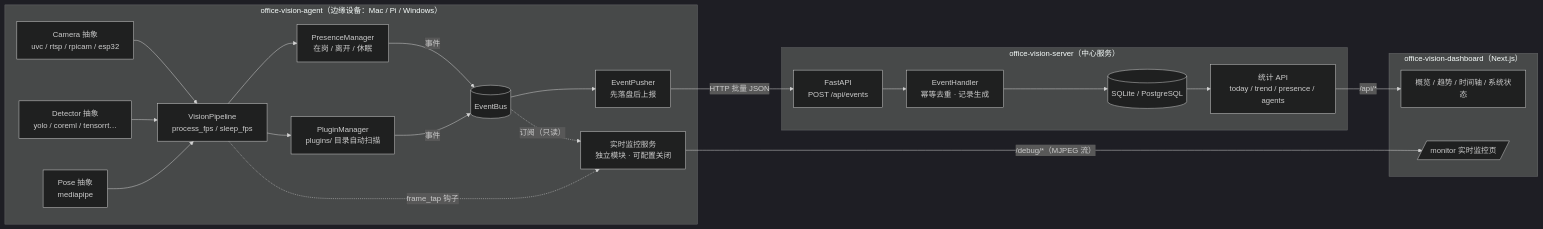
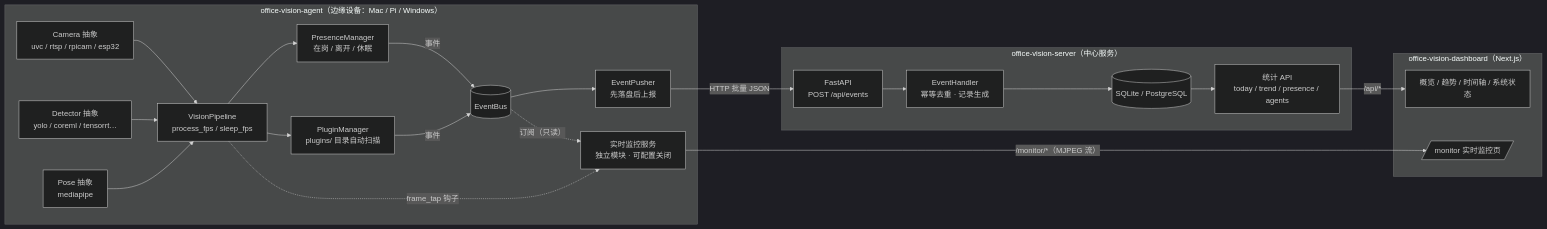
The first of 3 diagrams in ARCHITECTURE.md (monty8800/office-vision), drawn with Mermaid (dark theme) before and after one commit. The commit also changed other lines of this file and 29 other files, not shown here.

First line of the commit message:
全栈去除 debug 说法：Agent 监控模块/接口/配置段统一改名 monitor，Dashboard 多 Agent 支持同步改用 monitor 命名（代理路径 /agent-monitor、环境变量 OVA_AGENT_MONITOR_URL/URLS）

````diff
--- a/ARCHITECTURE.md
+++ b/ARCHITECTURE.md
@@ -7,43 +7,43 @@
 ```mermaid
 flowchart LR
     subgraph Agent["office-vision-agent（边缘设备：Mac / Pi / Windows）"]
         CAM[Camera 抽象<br/>uvc / rtsp / rpicam / esp32]
         DET[Detector 抽象<br/>yolo / coreml / tensorrt…]
         POSE[Pose 抽象<br/>mediapipe]
         PRE[PresenceManager<br/>在岗 / 离开 / 休眠]
         PLUG[PluginManager<br/>plugins/ 目录自动扫描]
         PIPE[VisionPipeline<br/>process_fps / sleep_fps]
         BUS[(EventBus)]
         PUSH[EventPusher<br/>先落盘后上报]
-        DBG[实时监控服务<br/>独立模块 · 可配置关闭]
+        MON[实时监控服务<br/>独立模块 · 可配置关闭]
     end
 
     subgraph Server["office-vision-server（中心服务）"]
         API[FastAPI<br/>POST /api/events]
         HND[EventHandler<br/>幂等去重 · 记录生成]
         DB[(SQLite / PostgreSQL)]
         STATS[统计 API<br/>today / trend / presence / agents]
     end
 
     subgraph Dash["office-vision-dashboard（Next.js）"]
         PAGES[概览 / 趋势 / 时间轴 / 系统状态]
-        DEBUGPAGE[/monitor 实时监控页/]
+        MONPAGE[/monitor 实时监控页/]
     end
 
     CAM --> PIPE
     DET --> PIPE
     POSE --> PIPE
     PIPE --> PRE
     PIPE --> PLUG
     PRE -- 事件 --> BUS
     PLUG -- 事件 --> BUS
     BUS --> PUSH
     PUSH -- HTTP 批量 JSON --> API
-    BUS -. 订阅（只读） .-> DBG
-    PIPE -. frame_tap 钩子 .-> DBG
+    BUS -. 订阅（只读） .-> MON
+    PIPE -. frame_tap 钩子 .-> MON
 
     API --> HND --> DB
     DB --> STATS
     STATS -- /api/* --> PAGES
-    DBG -- /debug/*（MJPEG 流） --> DEBUGPAGE
+    MON -- /monitor/*（MJPEG 流） --> MONPAGE
 ```
````
